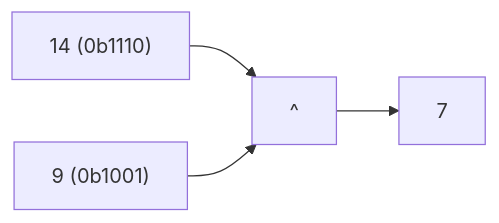
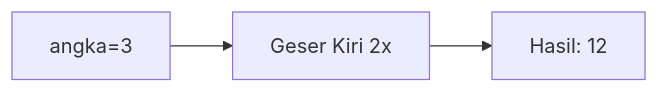
The second of 25 diagrams in part-c-pemahaman-cpp/06-bitwise/latihan/set-02.md (amnahwaida/OSNK_INF_PREP), drawn with Mermaid before and after one commit. The commit also changed other lines of this file and 71 other files, not shown here.

````diff
--- a/part-c-pemahaman-cpp/06-bitwise/latihan/set-02.md
+++ b/part-c-pemahaman-cpp/06-bitwise/latihan/set-02.md
@@ -47,6 +48,5 @@
 ```mermaid
 graph LR
-A["14 (0b1110)"] --> C["^"]
-B["9 (0b1001)"] --> C
-C --> D["7"]
+A["angka=3"] --> B["Geser Kiri 2x"]
+B --> C["Hasil: 12"]
 ```
````
